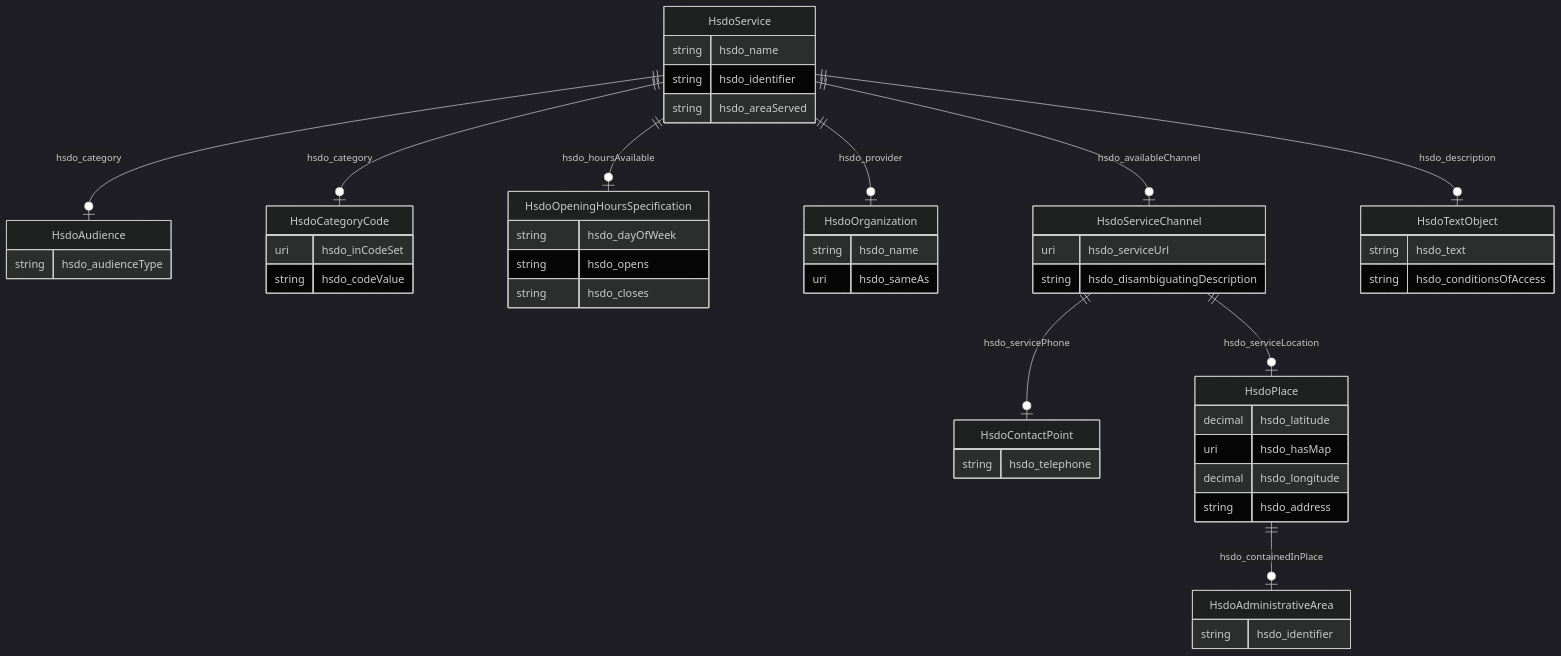
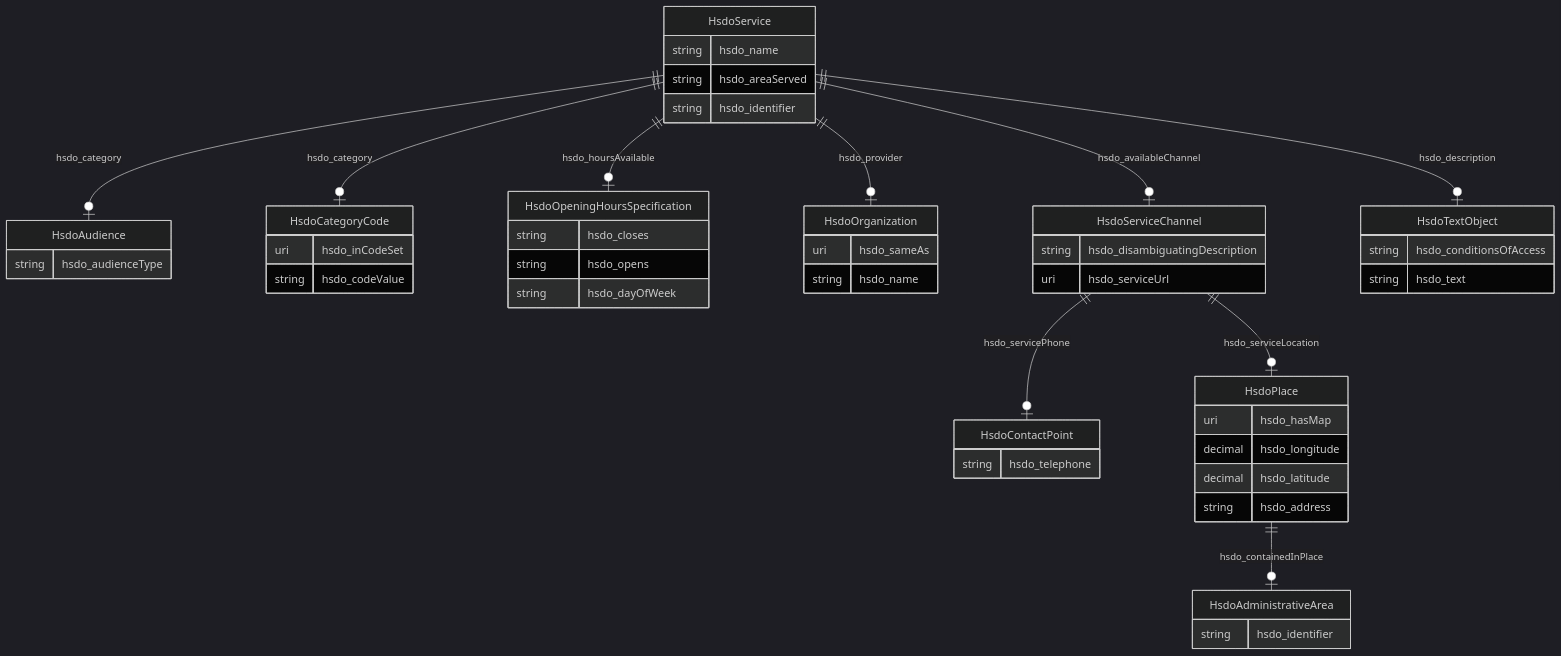
Before and after one commit to frink-okn/graph-descriptions: the diagram in kg-name/README.md, drawn with Mermaid (dark theme). The commit also changed other lines of this file and 10 other files, not shown here.

````diff
--- a/kg-name/README.md
+++ b/kg-name/README.md
@@ -9,55 +9,55 @@
 ```mermaid
 erDiagram
 HsdoAdministrativeArea {
     string hsdo_identifier  
 }
 HsdoAudience {
     string hsdo_audienceType  
 }
 HsdoCategoryCode {
     uri hsdo_inCodeSet  
     string hsdo_codeValue  
 }
 HsdoContactPoint {
     string hsdo_telephone  
 }
 HsdoOpeningHoursSpecification {
+    string hsdo_closes  
+    string hsdo_opens  
     string hsdo_dayOfWeek  
-    string hsdo_opens  
-    string hsdo_closes  
 }
 HsdoOrganization {
+    uri hsdo_sameAs  
     string hsdo_name  
-    uri hsdo_sameAs  
 }
 HsdoPlace {
-    decimal hsdo_latitude  
     uri hsdo_hasMap  
     decimal hsdo_longitude  
+    decimal hsdo_latitude  
     string hsdo_address  
 }
 HsdoService {
     string hsdo_name  
+    string hsdo_areaServed  
     string hsdo_identifier  
-    string hsdo_areaServed  
 }
 HsdoServiceChannel {
+    string hsdo_disambiguatingDescription  
     uri hsdo_serviceUrl  
-    string hsdo_disambiguatingDescription  
 }
 HsdoTextObject {
+    string hsdo_conditionsOfAccess  
     string hsdo_text  
-    string hsdo_conditionsOfAccess  
 }
 
 HsdoPlace ||--|o HsdoAdministrativeArea : "hsdo_containedInPlace"
+HsdoService ||--|o HsdoOrganization : "hsdo_provider"
+HsdoService ||--|o HsdoOpeningHoursSpecification : "hsdo_hoursAvailable"
+HsdoService ||--|o HsdoServiceChannel : "hsdo_availableChannel"
 HsdoService ||--|o HsdoTextObject : "hsdo_description"
-HsdoService ||--|o HsdoOpeningHoursSpecification : "hsdo_hoursAvailable"
+HsdoService ||--|o HsdoAudience : "hsdo_category"
 HsdoService ||--|o HsdoCategoryCode : "hsdo_category"
-HsdoService ||--|o HsdoAudience : "hsdo_category"
-HsdoService ||--|o HsdoServiceChannel : "hsdo_availableChannel"
-HsdoService ||--|o HsdoOrganization : "hsdo_provider"
 HsdoServiceChannel ||--|o HsdoContactPoint : "hsdo_servicePhone"
 HsdoServiceChannel ||--|o HsdoPlace : "hsdo_serviceLocation"
 
 ```
````
